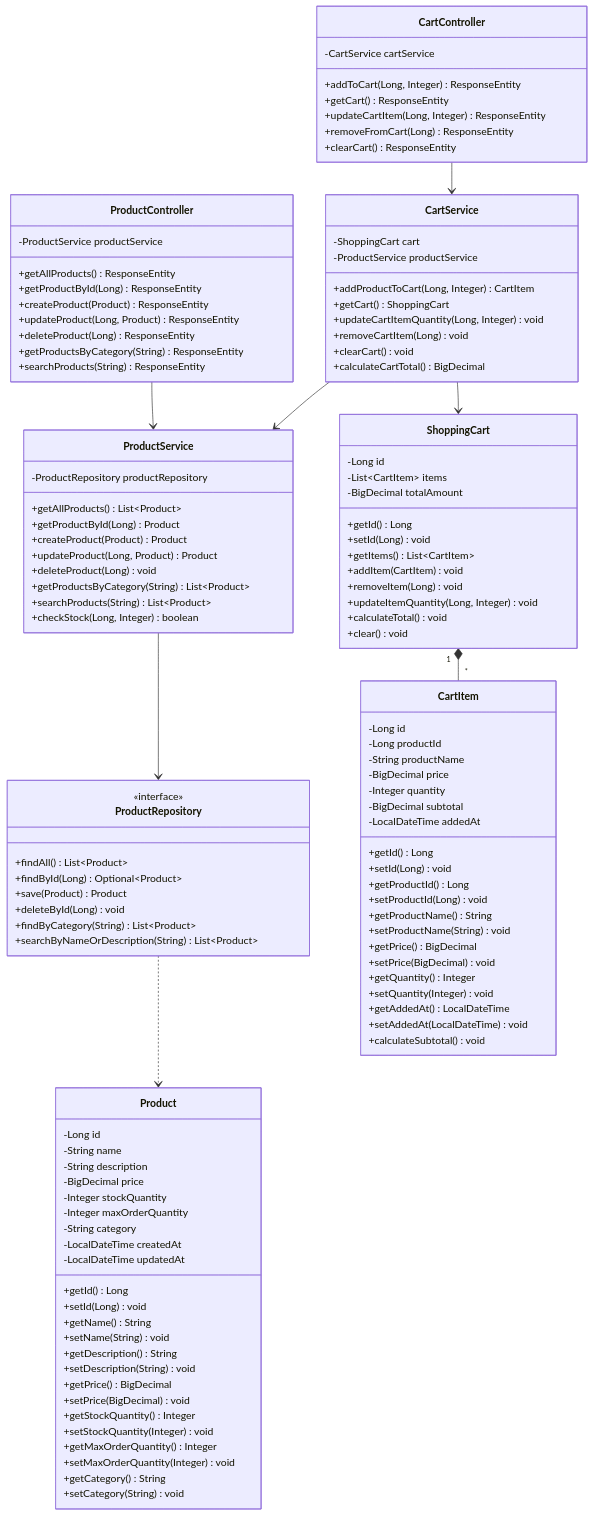
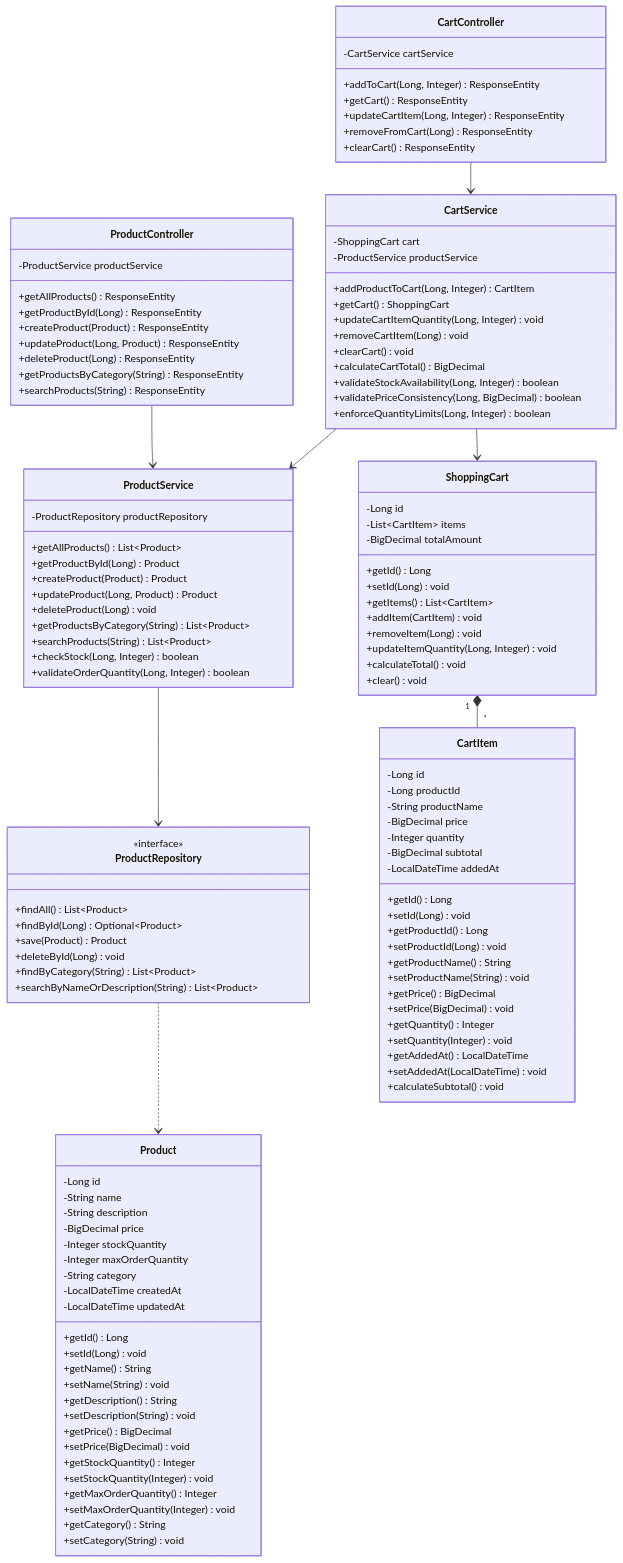
The first of 17 diagrams in docs/LLD/lld.md (NavneetBN47/aava-ecom-demo), drawn with Mermaid before and after one commit. The commit also changed other lines of this file, not shown here.

```diff
--- a/docs/LLD/lld.md
+++ b/docs/LLD/lld.md
@@ -138,6 +138,7 @@
         +getProductsByCategory(String) List~Product~
         +searchProducts(String) List~Product~
         +checkStock(Long, Integer) boolean
+        +validateOrderQuantity(Long, Integer) boolean
     }
 
     class CartService {
@@ -149,6 +150,9 @@
         +removeCartItem(Long) void
         +clearCart() void
         +calculateCartTotal() BigDecimal
+        +validateStockAvailability(Long, Integer) boolean
+        +validatePriceConsistency(Long, BigDecimal) boolean
+        +enforceQuantityLimits(Long, Integer) boolean
     }
 
     class ProductRepository {
```
